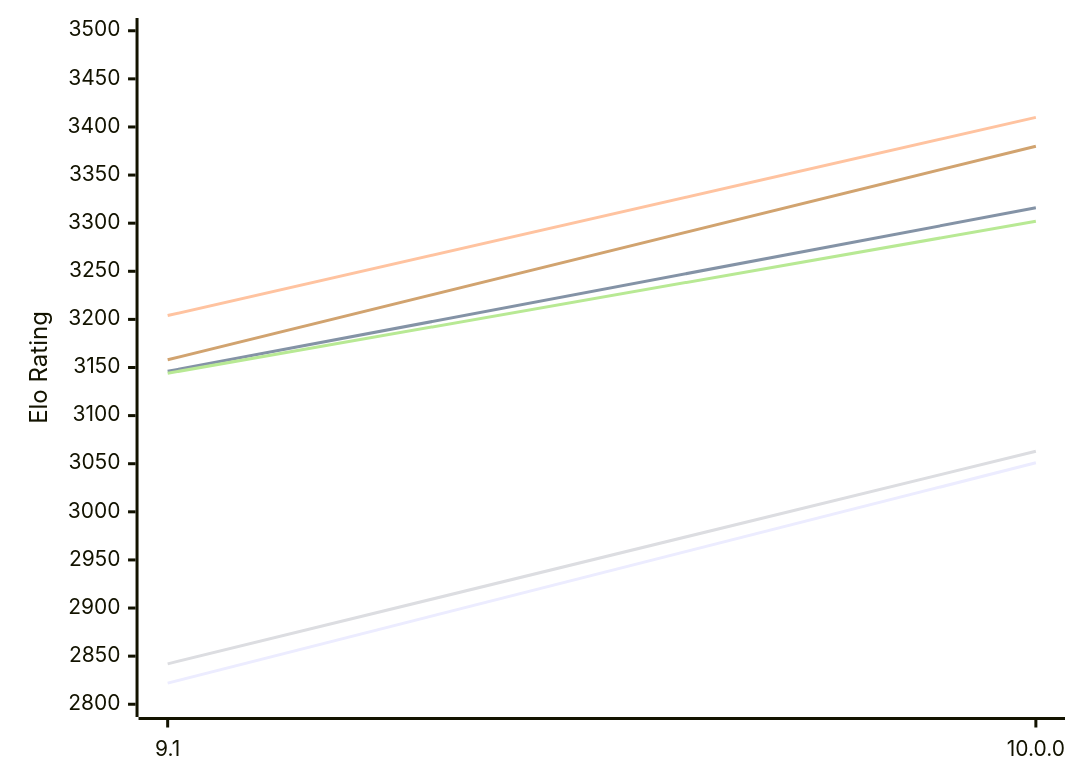
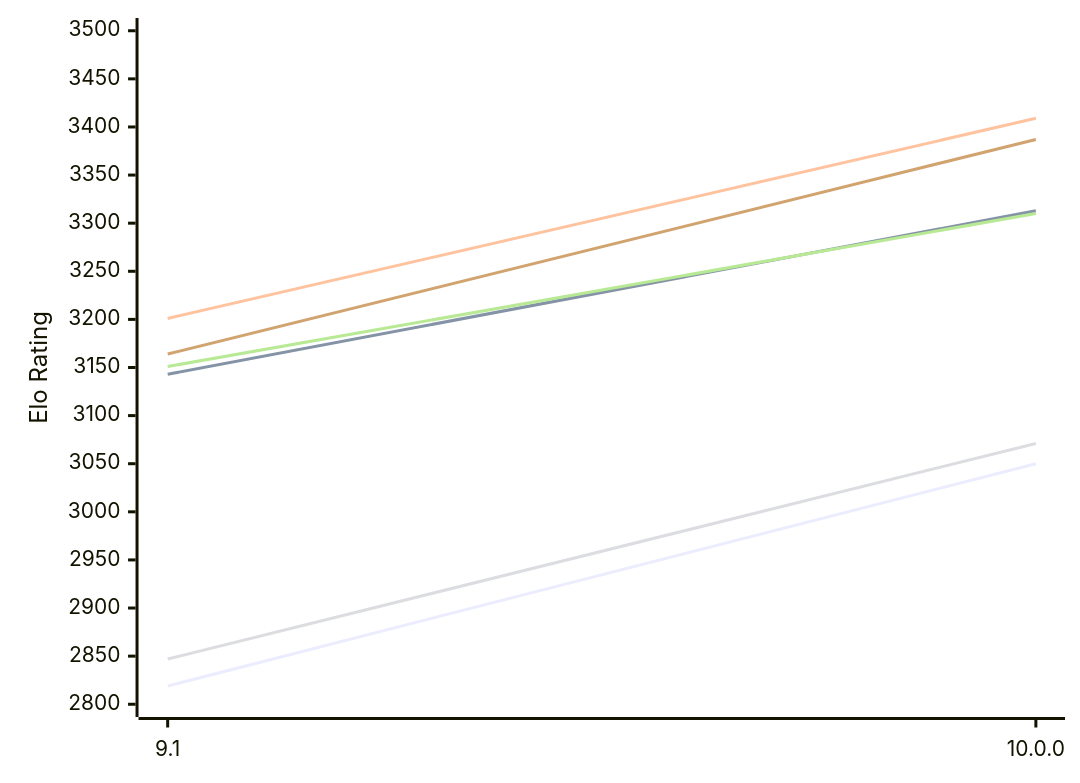
Before and after one commit to computer-chess-index/cci: the first of 2 diagrams in engines/Pea.md, drawn with Mermaid. The commit also changed other lines of this file, not shown here.

Commit message:
Update CCI Ratings (ELO VLTC) - 2026-11-23

````diff
--- a/engines/Pea.md
+++ b/engines/Pea.md
@@ -58,12 +58,12 @@
 ```mermaid
 %%{init: {"theme":"base","themeVariables":{"seriesColors:['#a3a3a3','#222221','#faa371']}}}%%
 xychart-beta
   x-axis ["9.1", "10.0.0"]
   y-axis "Elo Rating" 2800 --> 3500
-  line "E1: STC (8.0+0.08s)" [2822, 3051]
-  line "E1: LTC (60.0+0.60s)" [3146, 3316]
-  line "E1: VLTC (2m24s+1.12s)" [3204, 3410]
-  line "P1: STC (8.0+0.08s)" [2842, 3063]
-  line "P1: LTC (60.0+0.60s)" [3144, 3302]
-  line "P1: VLTC (2m24s+1.12s)" [3158, 3380]
+  line "E1: STC (8.0+0.08s)" [2819, 3050]
+  line "E1: LTC (60.0+0.60s)" [3143, 3313]
+  line "E1: VLTC (2m24s+1.12s)" [3201, 3409]
+  line "P1: STC (8.0+0.08s)" [2847, 3071]
+  line "P1: LTC (60.0+0.60s)" [3151, 3310]
+  line "P1: VLTC (2m24s+1.12s)" [3164, 3387]
 ```
````
